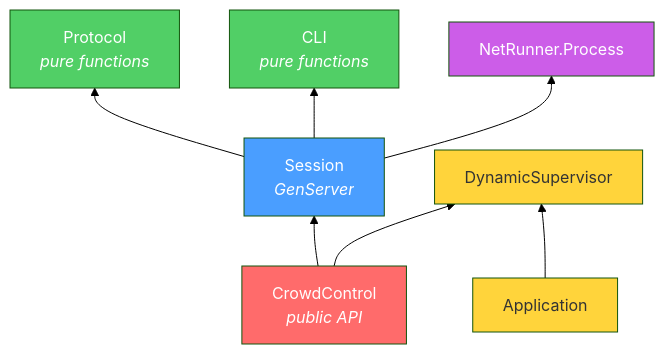
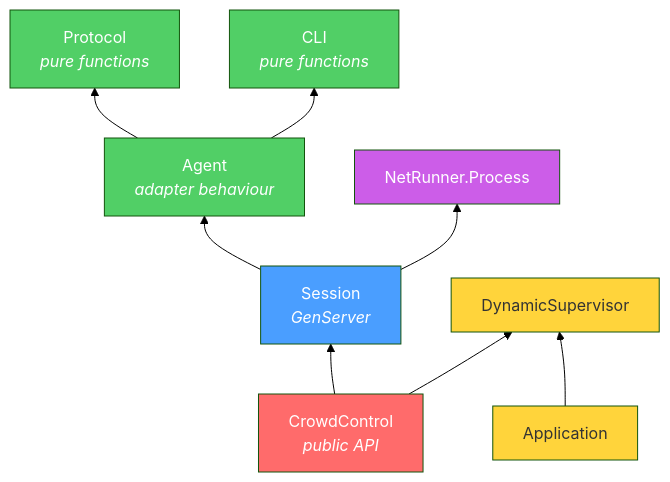
Before and after one commit to nyo16/CrowdControl: diagram 11 of 12 in README.md, drawn with Mermaid (forest theme). The commit also changed other lines of this file and 21 other files, not shown here.

First line of the commit message:
Add omp support via a pluggable CrowdControl.Agent adapter (#8)

````diff
--- a/README.md
+++ b/README.md
@@ -1134,19 +1420,21 @@
 ```mermaid
 graph BT
     P[Protocol<br/><i>pure functions</i>]
     CLI[CLI<br/><i>pure functions</i>]
-    S[Session<br/><i>GenServer</i>] --> P
-    S --> CLI
+    A[Agent<br/><i>adapter behaviour</i>] --> P
+    A --> CLI
+    S[Session<br/><i>GenServer</i>] --> A
     S --> NR[NetRunner.Process]
     CC[CrowdControl<br/><i>public API</i>] --> S
     CC --> DS[DynamicSupervisor]
     APP[Application] --> DS
 
     style P fill:#51cf66,color:#fff
     style CLI fill:#51cf66,color:#fff
     style S fill:#4a9eff,color:#fff
     style CC fill:#ff6b6b,color:#fff
     style APP fill:#ffd43b,color:#333
+    style A fill:#51cf66,color:#fff
     style NR fill:#cc5de8,color:#fff
     style DS fill:#ffd43b,color:#333
 ```
````
